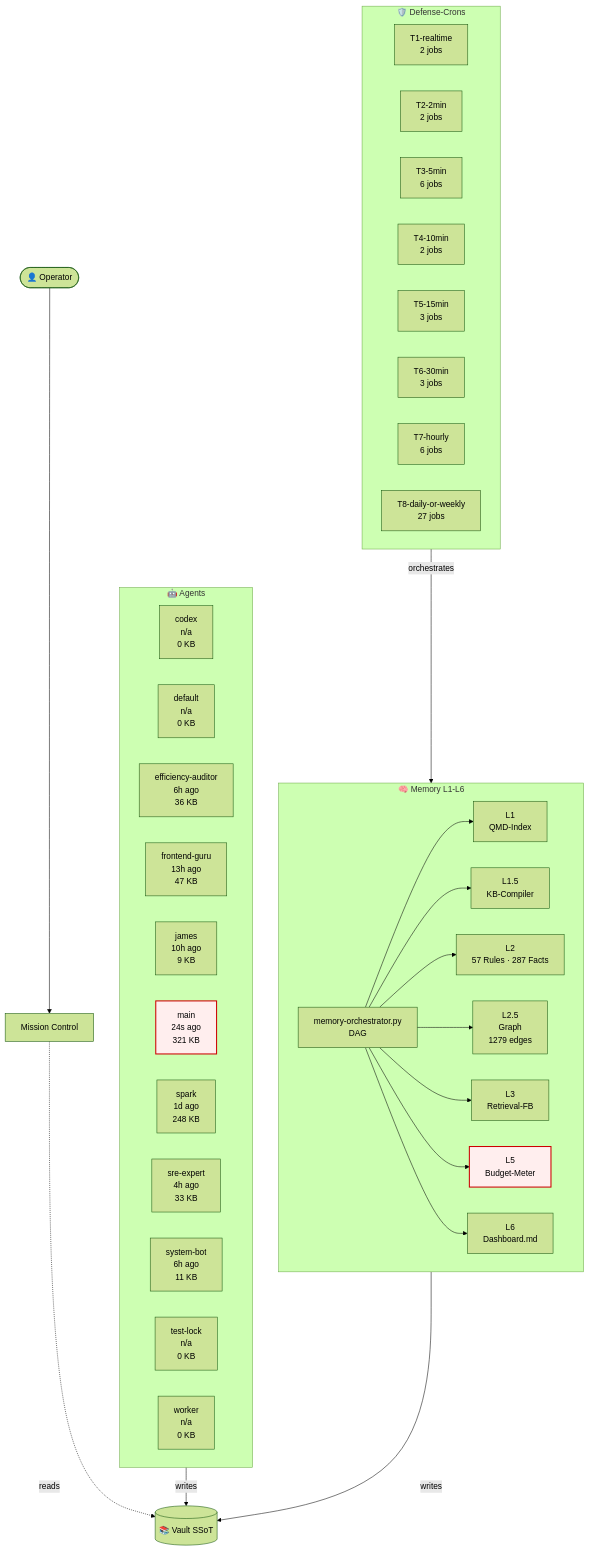
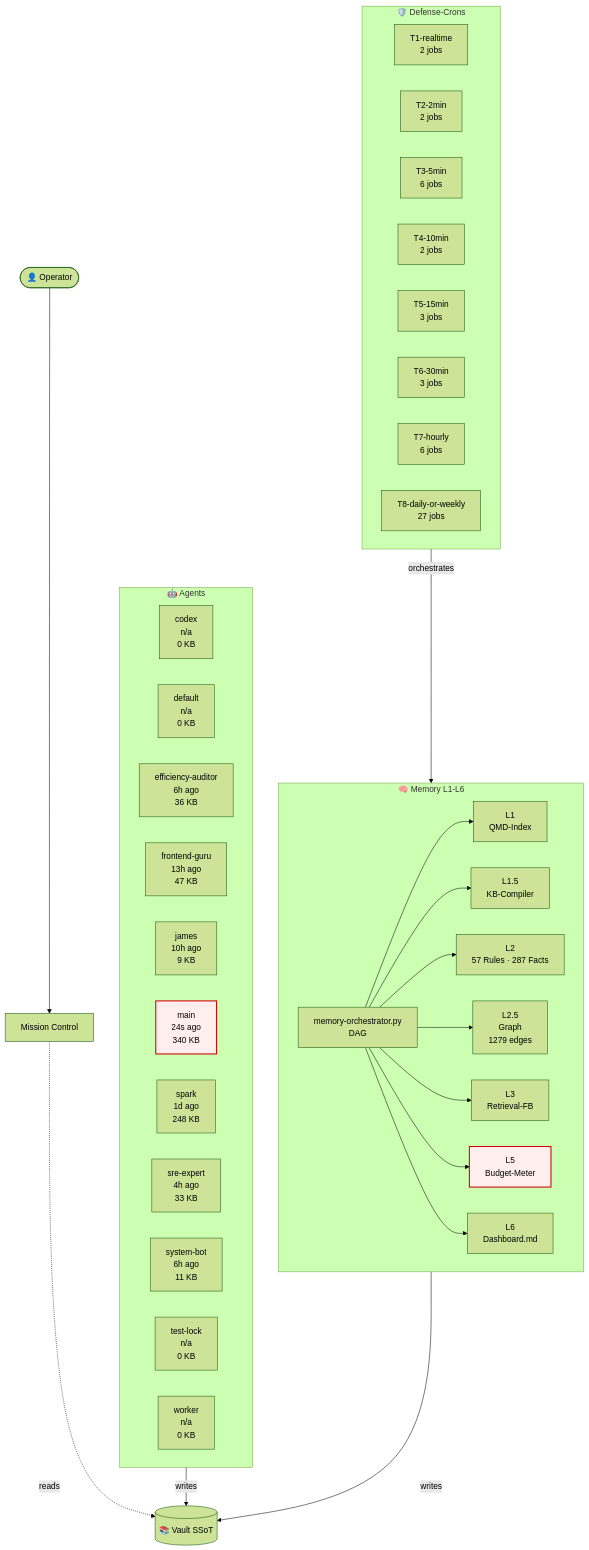
One commit to lenardhuebner88-rgb/openclaw-memory changed the diagram in 03-Agents/architecture-live.md. Above: the diagram before and after it, drawn with Mermaid (forest theme). The commit also changed other lines of this file and 13 other files, not shown here.

````diff
--- a/03-Agents/architecture-live.md
+++ b/03-Agents/architecture-live.md
@@ -18,54 +18,54 @@
 ```mermaid
 flowchart TB
     classDef critical fill:#fee,stroke:#c00,stroke-width:2px;
     subgraph AGT["🤖 Agents"]
         agent_codex["codex<br/>n/a<br/>0 KB"]
         agent_default["default<br/>n/a<br/>0 KB"]
         agent_efficiency_auditor["efficiency-auditor<br/>6h ago<br/>36 KB"]
         agent_frontend_guru["frontend-guru<br/>13h ago<br/>47 KB"]
         agent_james["james<br/>10h ago<br/>9 KB"]
-        agent_main["main<br/>24s ago<br/>321 KB"]
+        agent_main["main<br/>24s ago<br/>340 KB"]
         agent_spark["spark<br/>1d ago<br/>248 KB"]
         agent_sre_expert["sre-expert<br/>4h ago<br/>33 KB"]
         agent_system_bot["system-bot<br/>6h ago<br/>11 KB"]
         agent_test_lock["test-lock<br/>n/a<br/>0 KB"]
         agent_worker["worker<br/>n/a<br/>0 KB"]
     end
     subgraph MEM["🧠 Memory L1-L6"]
         L1["L1<br/>QMD-Index"]
         L15["L1.5<br/>KB-Compiler"]
         L2["L2<br/>57 Rules · 287 Facts"]
         L25["L2.5<br/>Graph<br/>1279 edges"]
         L3["L3<br/>Retrieval-FB"]
         L5["L5<br/>Budget-Meter"]
         L6["L6<br/>Dashboard.md"]
         ORCH["memory-orchestrator.py<br/>DAG"]
     end
     subgraph CRN["🛡️ Defense-Crons"]
         tier_T1_realtime["T1-realtime<br/>2 jobs"]
         tier_T2_2min["T2-2min<br/>2 jobs"]
         tier_T3_5min["T3-5min<br/>6 jobs"]
         tier_T4_10min["T4-10min<br/>2 jobs"]
         tier_T5_15min["T5-15min<br/>3 jobs"]
         tier_T6_30min["T6-30min<br/>3 jobs"]
         tier_T7_hourly["T7-hourly<br/>6 jobs"]
         tier_T8_daily_or_weekly["T8-daily-or-weekly<br/>27 jobs"]
     end
     VAULT[("📚 Vault SSoT")]
     OP([👤 Operator])
     MC["Mission Control"]
     OP --> MC
     MC -.reads.-> VAULT
     AGT -->|writes| VAULT
     MEM -->|writes| VAULT
     ORCH --> L1
     ORCH --> L15
     ORCH --> L2
     ORCH --> L25
     ORCH --> L3
     ORCH --> L5
     ORCH --> L6
     CRN -->|orchestrates| MEM
     class L5 critical
     class agent_main critical
 ```
````
